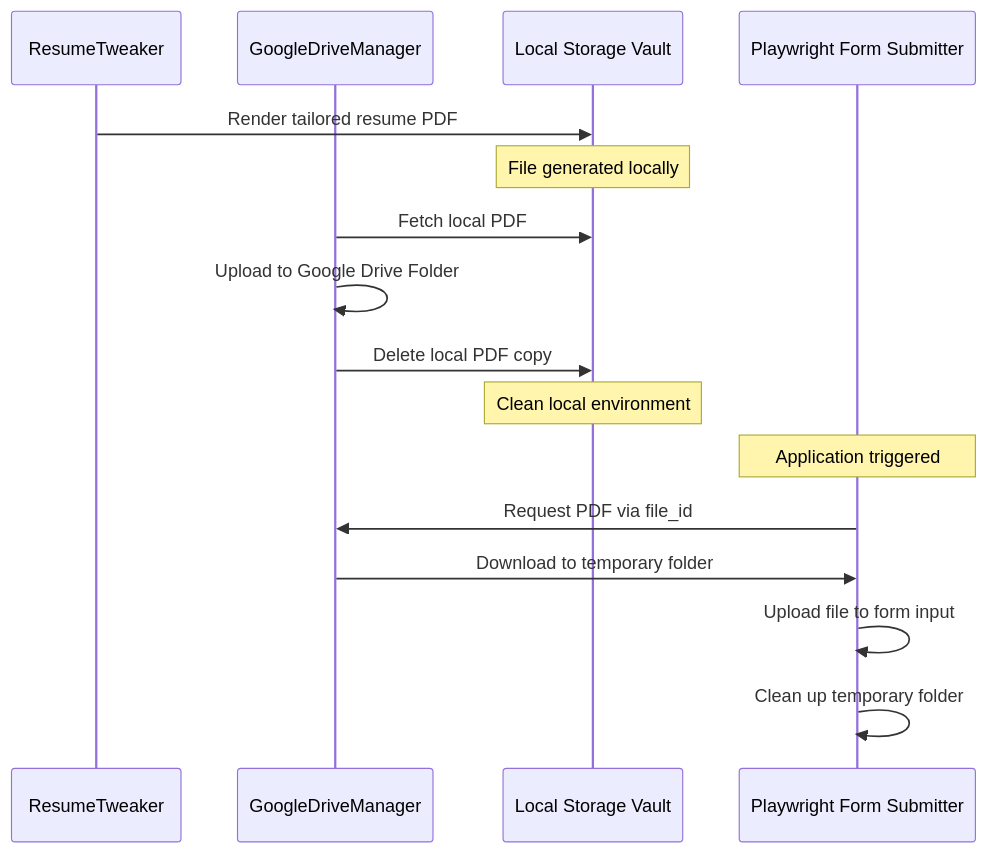
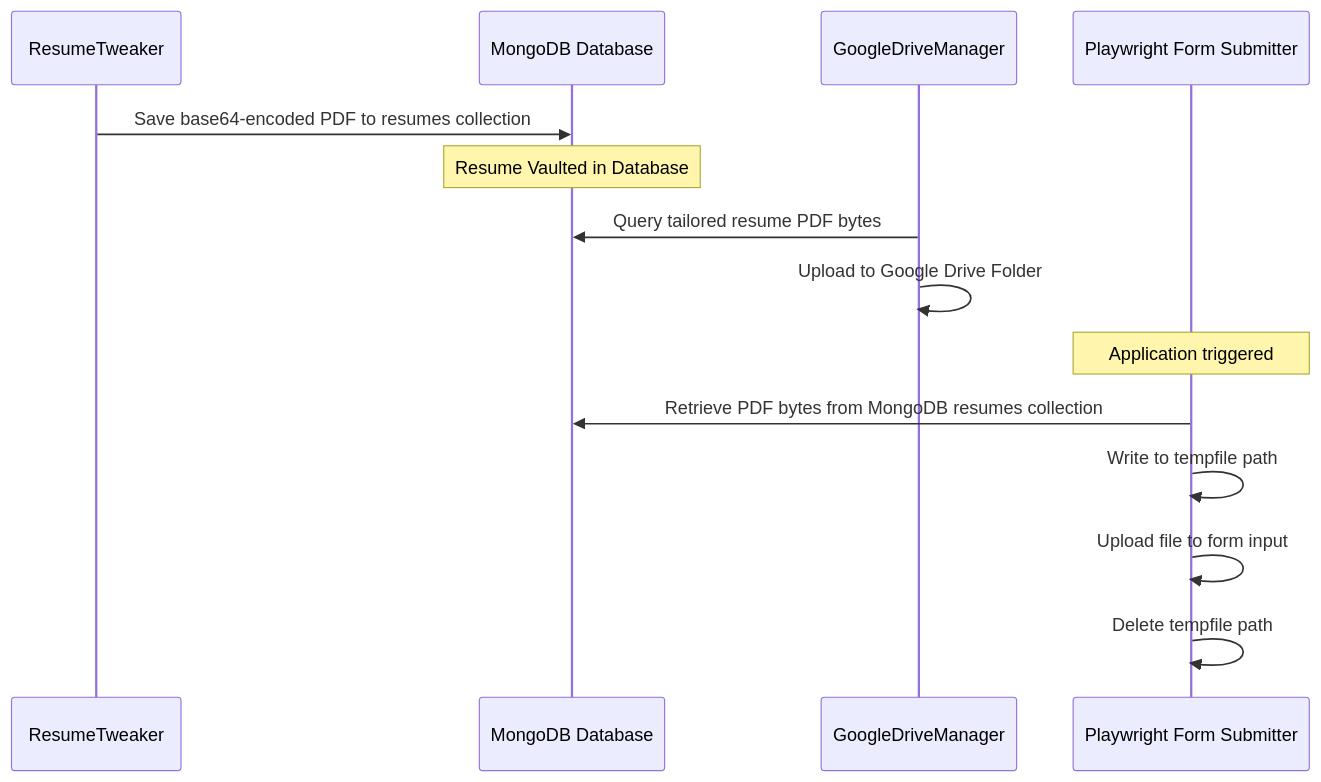
The seventh of 7 diagrams in doc/usermanual.md (nitin048/job_application_system), drawn with Mermaid before and after one commit. The commit also changed other lines of this file and 22 other files, not shown here.

Commit message:
feat: complete stateless database layout migration, user isolation, and doc updates for Render

````diff
--- a/doc/usermanual.md
+++ b/doc/usermanual.md
@@ -179,20 +180,18 @@
 ```mermaid
 sequenceDiagram
     participant Tweaker as ResumeTweaker
+    participant DB as MongoDB Database
     participant GDrive as GoogleDriveManager
-    participant Disk as Local Storage Vault
     participant Form as Playwright Form Submitter
 
-    Tweaker->>Disk: Render tailored resume PDF
-    Note over Disk: File generated locally
-    GDrive->>Disk: Fetch local PDF
+    Tweaker->>DB: Save base64-encoded PDF to resumes collection
+    Note over DB: Resume Vaulted in Database
+    GDrive->>DB: Query tailored resume PDF bytes
     GDrive->>GDrive: Upload to Google Drive Folder
-    GDrive->>Disk: Delete local PDF copy
-    Note over Disk: Clean local environment
     
     Note over Form: Application triggered
-    Form->>GDrive: Request PDF via file_id
-    GDrive->>Form: Download to temporary folder
+    Form->>DB: Retrieve PDF bytes from MongoDB resumes collection
+    Form->>Form: Write to tempfile path
     Form->>Form: Upload file to form input
-    Form->>Form: Clean up temporary folder
+    Form->>Form: Delete tempfile path
 ```
````
